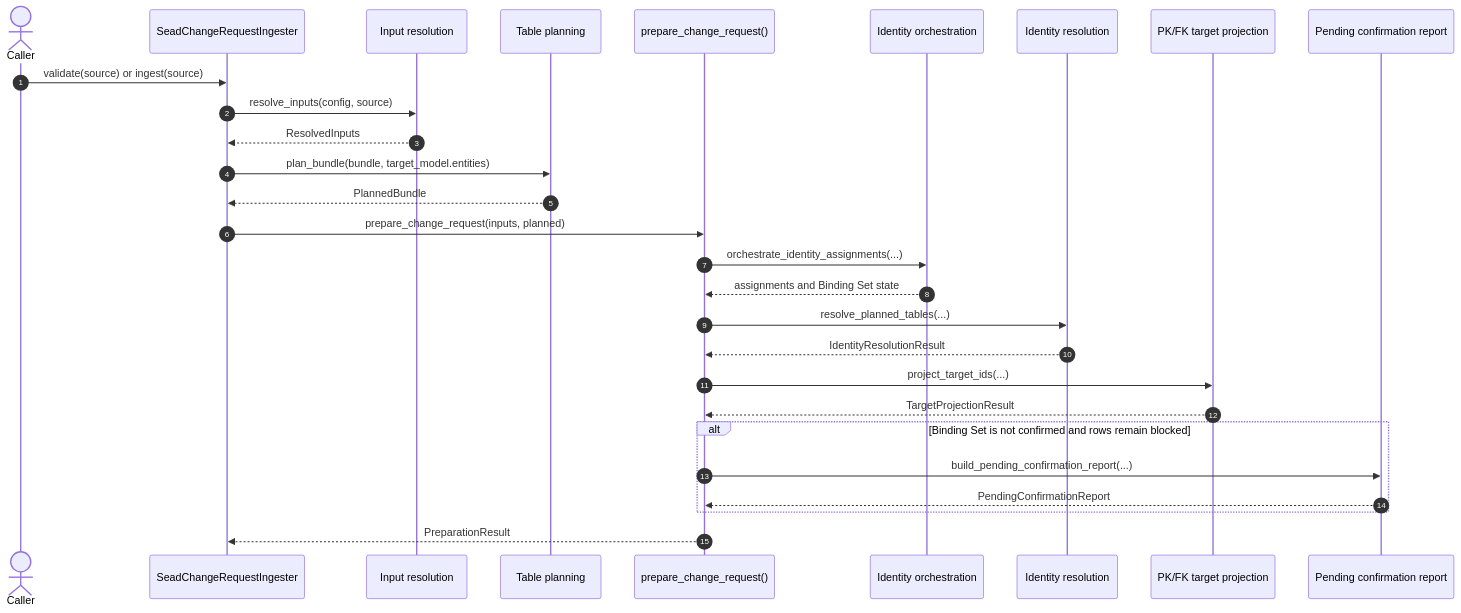
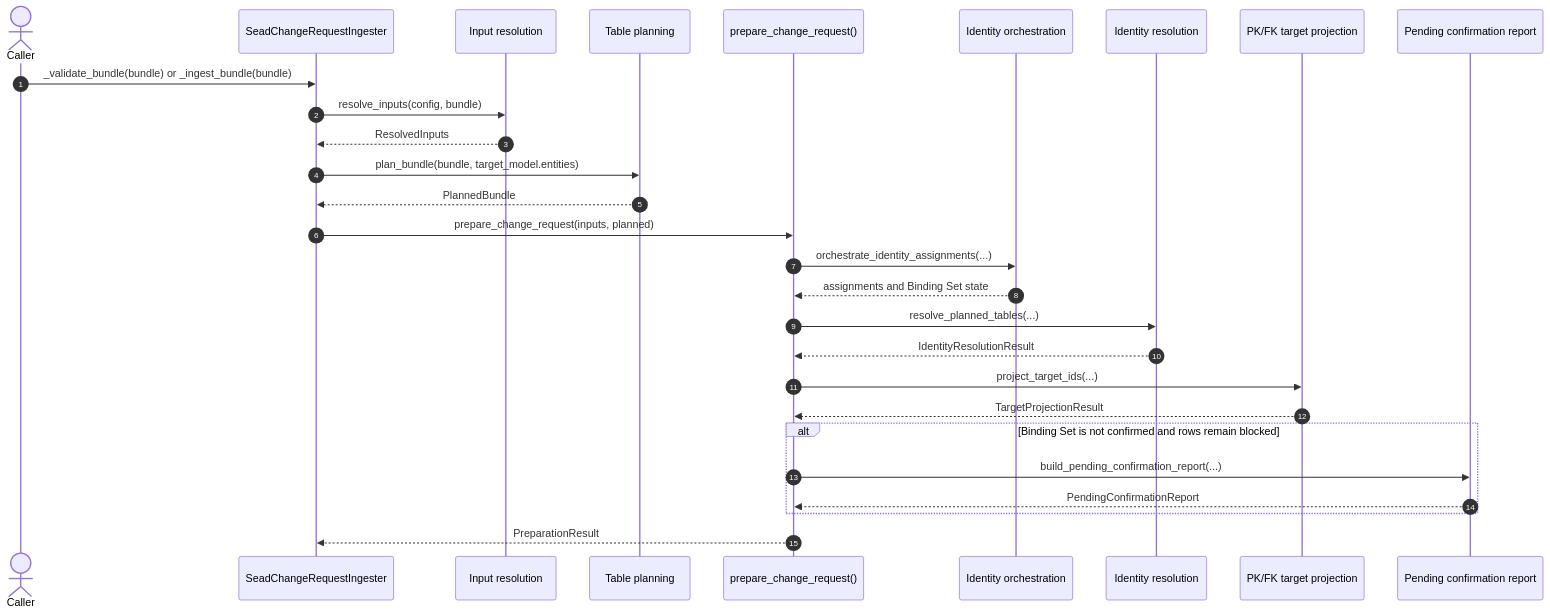
The second of 4 diagrams in ingesters/sead_change_request/DIAGRAMS.md (humlab-sead/sead_shape_shifter), drawn with Mermaid before and after one commit. The commit also changed other lines of this file and 23 other files, not shown here.

````diff
--- a/ingesters/sead_change_request/DIAGRAMS.md
+++ b/ingesters/sead_change_request/DIAGRAMS.md
@@ -15,33 +36,33 @@
 ```mermaid
 sequenceDiagram
     autonumber
     actor Caller
     participant Ingester as SeadChangeRequestIngester
     participant Inputs as Input resolution
     participant Planning as Table planning
     participant Prep as prepare_change_request()
     participant Orch as Identity orchestration
     participant Resolve as Identity resolution
     participant Project as PK/FK target projection
     participant Confirm as Pending confirmation report
 
-    Caller->>Ingester: validate(source) or ingest(source)
-    Ingester->>Inputs: resolve_inputs(config, source)
+    Caller->>Ingester: _validate_bundle(bundle) or _ingest_bundle(bundle)
+    Ingester->>Inputs: resolve_inputs(config, bundle)
     Inputs-->>Ingester: ResolvedInputs
     Ingester->>Planning: plan_bundle(bundle, target_model.entities)
     Planning-->>Ingester: PlannedBundle
     Ingester->>Prep: prepare_change_request(inputs, planned)
     Prep->>Orch: orchestrate_identity_assignments(...)
     Orch-->>Prep: assignments and Binding Set state
     Prep->>Resolve: resolve_planned_tables(...)
     Resolve-->>Prep: IdentityResolutionResult
     Prep->>Project: project_target_ids(...)
     Project-->>Prep: TargetProjectionResult
 
     alt Binding Set is not confirmed and rows remain blocked
         Prep->>Confirm: build_pending_confirmation_report(...)
         Confirm-->>Prep: PendingConfirmationReport
     end
 
     Prep-->>Ingester: PreparationResult
 ```
````
